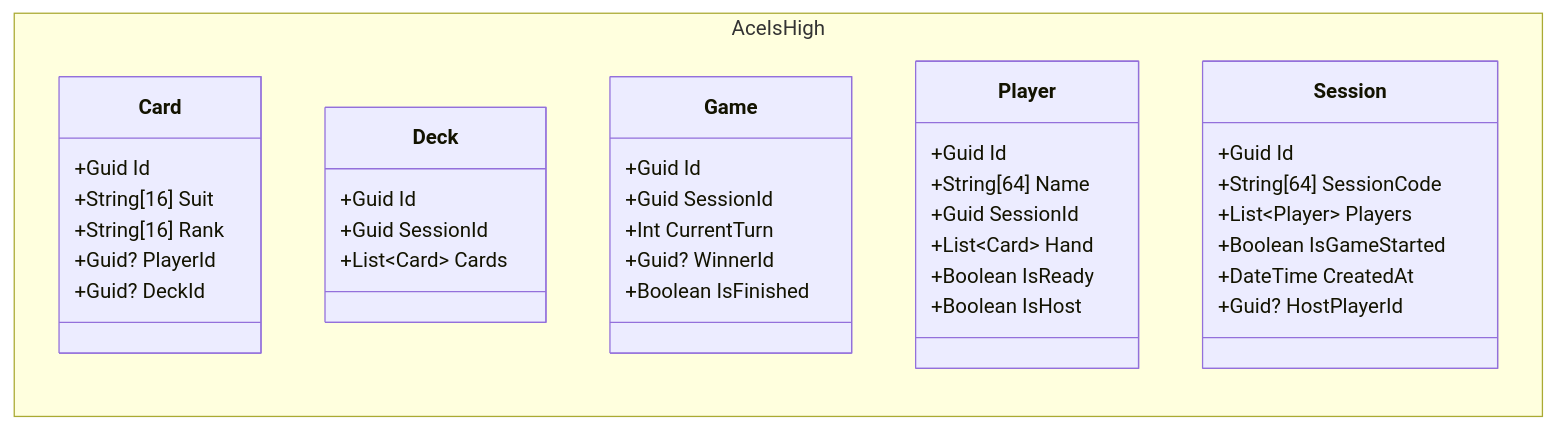
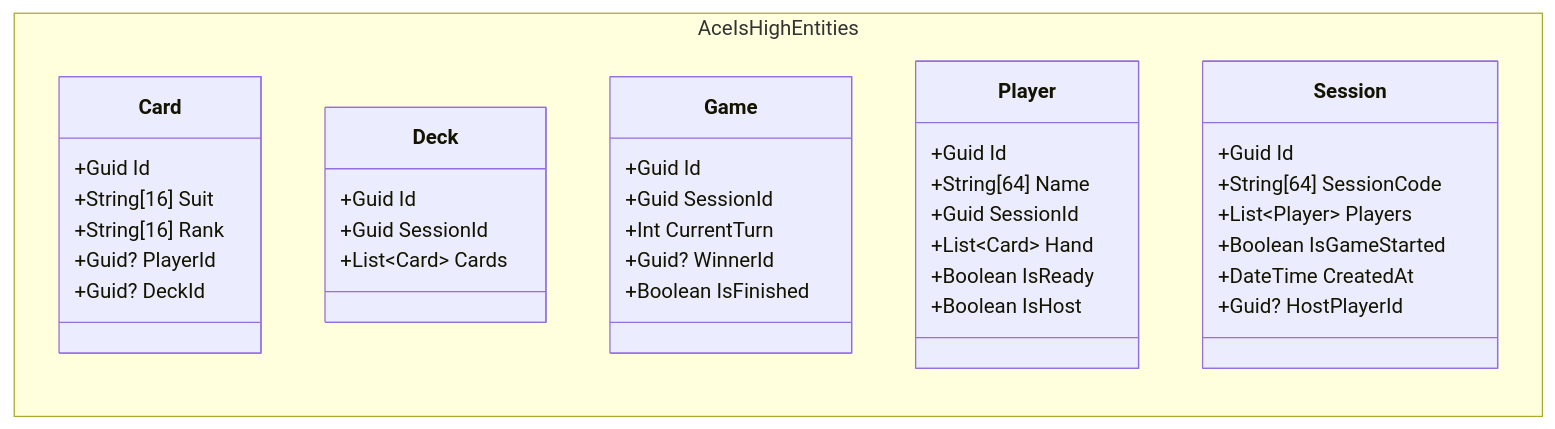
The first of 15 diagrams in .development/jan/syp-development.md (IxI-Enki/project-connect), drawn with Mermaid before and after one commit. The commit also changed other lines of this file, not shown here.

````diff
--- a/.development/jan/syp-development.md
+++ b/.development/jan/syp-development.md
@@ -1,47 +4,47 @@
 ```mermaid
 classDiagram
    direction LR
-namespace AceIsHigh{
+namespace AceIsHighEntities{
 
 
     class Card {
         +Guid Id
         +String[16] Suit
         +String[16] Rank
         +Guid? PlayerId
         +Guid? DeckId
     }
 
     class Deck {
         +Guid Id
         +Guid SessionId
         +List~Card~ Cards
     }
 
     class Game {
         +Guid Id
         +Guid SessionId
         +Int CurrentTurn
         +Guid? WinnerId
         +Boolean IsFinished
     }
 
     class Player {
         +Guid Id
         +String[64] Name
         +Guid SessionId
         +List~Card~ Hand
         +Boolean IsReady
         +Boolean IsHost
     }
 
     class Session {
         +Guid Id
         +String[64] SessionCode
         +List~Player~ Players
         +Boolean IsGameStarted
         +DateTime CreatedAt
         +Guid? HostPlayerId
     }
 }
 ```
````
